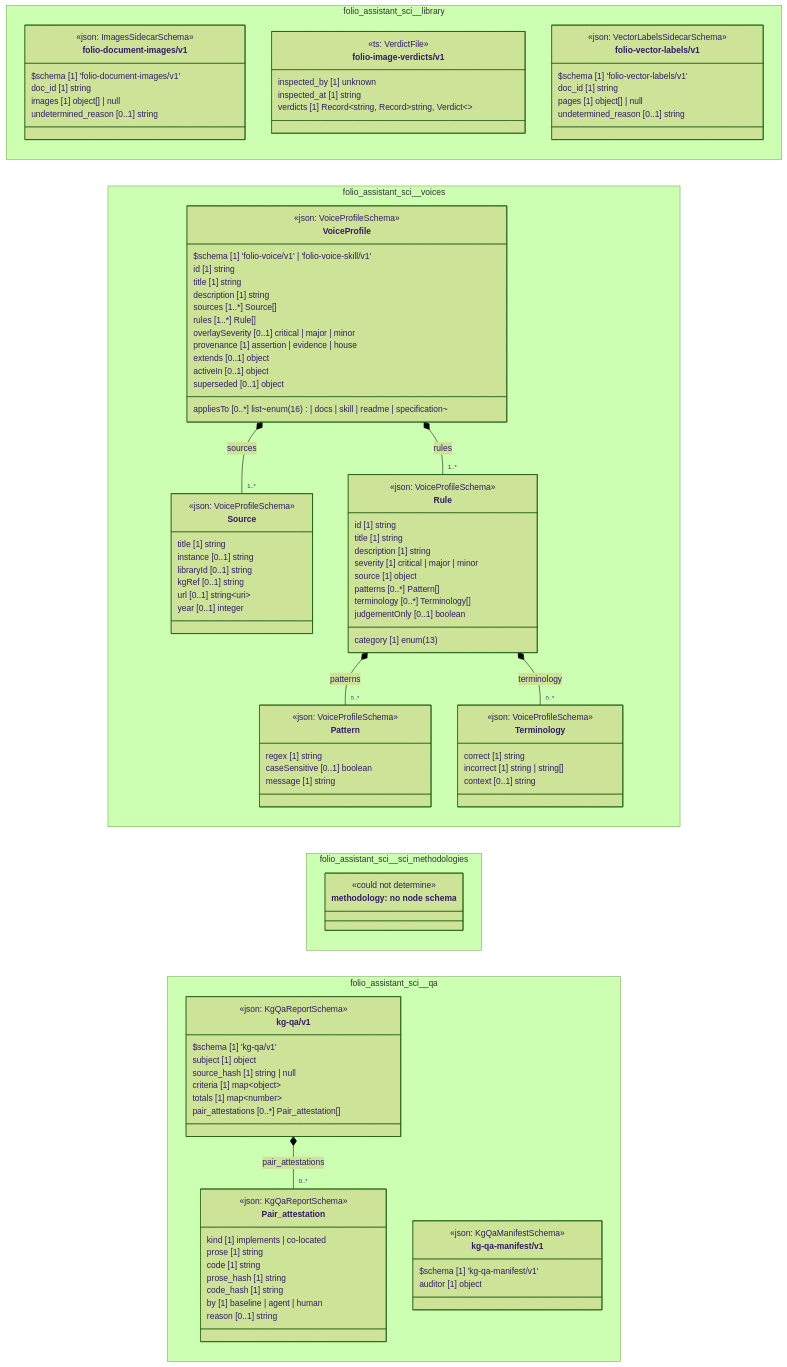
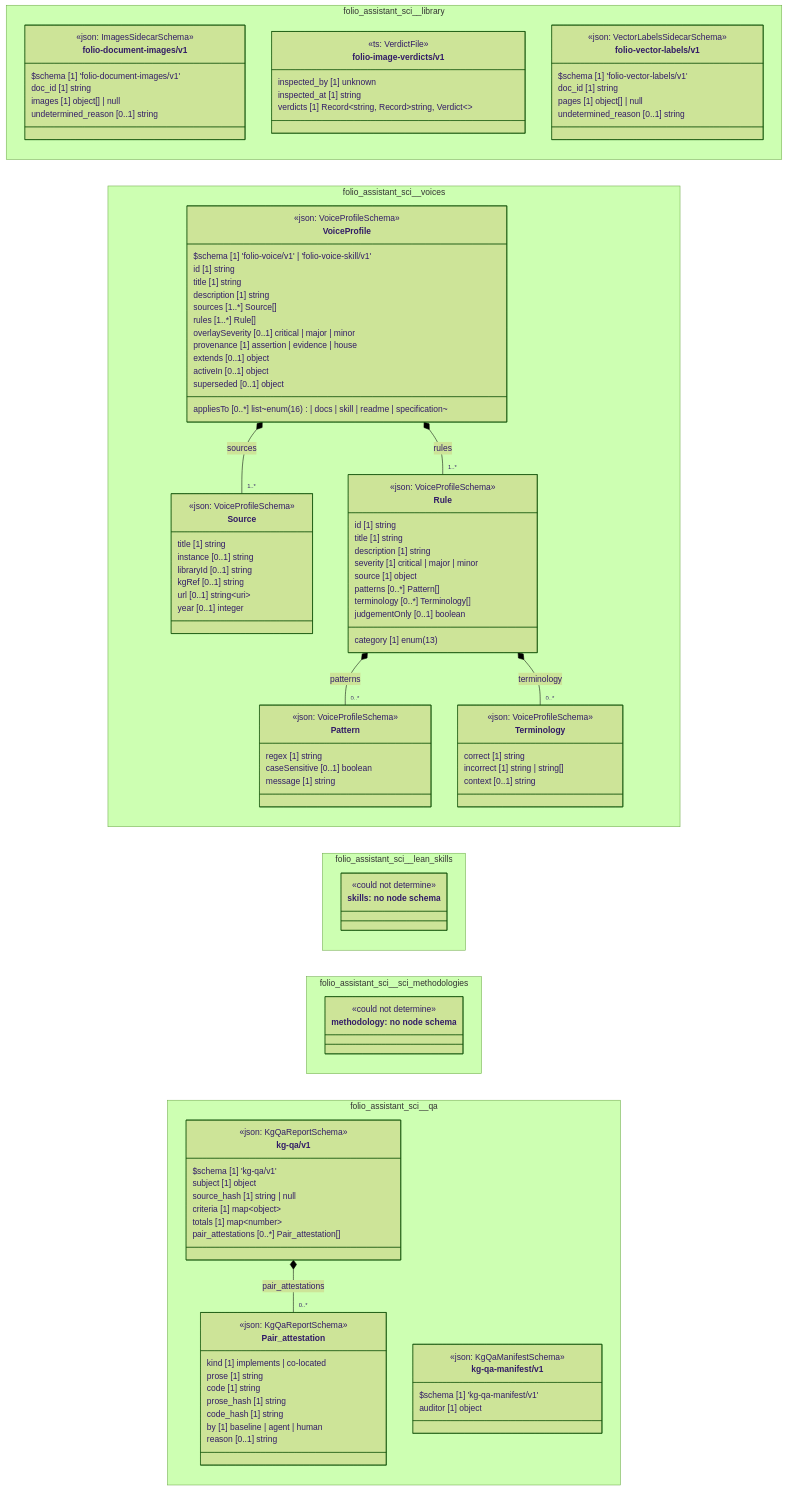
The diagram in cat-harness/docs/uml/overview/folio-assistant-sci.md (litlfred/folio-assistant), drawn with Mermaid (forest theme) before and after one commit. The commit also changed other lines of this file and 67 other files, not shown here.

First line of the commit message:
voices: vendors/ and each vendors/<id>/ are declared sub-graphs (rkqp); revert cmsl step 1

```diff
--- a/cat-harness/docs/uml/overview/folio-assistant-sci.md
+++ b/cat-harness/docs/uml/overview/folio-assistant-sci.md
@@ -120,6 +122,11 @@
       superseded [0..1] object
     }
   }
+  namespace folio_assistant_sci__lean_skills {
+    class n_folio_assistant_sci_lean_skills_skills["skills: no node schema"] {
+      <<could not determine>>
+    }
+  }
   namespace folio_assistant_sci__sci_methodologies {
     class n_folio_assistant_sci_sci_methodologies_methodology["methodology: no node schema"] {
       <<could not determine>>
@@ -163,6 +170,8 @@
   cssClass "folio_assistant_sci_voices_Terminology" fa_uml_kind_voices
   cssClass "folio_assistant_sci_voices_Rule" fa_uml_kind_voices
   cssClass "folio_assistant_sci_voices_VoiceProfile" fa_uml_kind_voices
+  cssClass "n_folio_assistant_sci_lean_skills_skills" fa_uml_kind_skills
+  cssClass "n_folio_assistant_sci_lean_skills_skills" fa_uml_undetermined
   cssClass "n_folio_assistant_sci_sci_methodologies_methodology" fa_uml_kind_methodology
   cssClass "n_folio_assistant_sci_sci_methodologies_methodology" fa_uml_undetermined
   folio_assistant_sci_qa_kg_qa_v1_kg_qa_v1 *-- "0..*" folio_assistant_sci_qa_kg_qa_v1_Pair_attestation : pair_attestations
```
